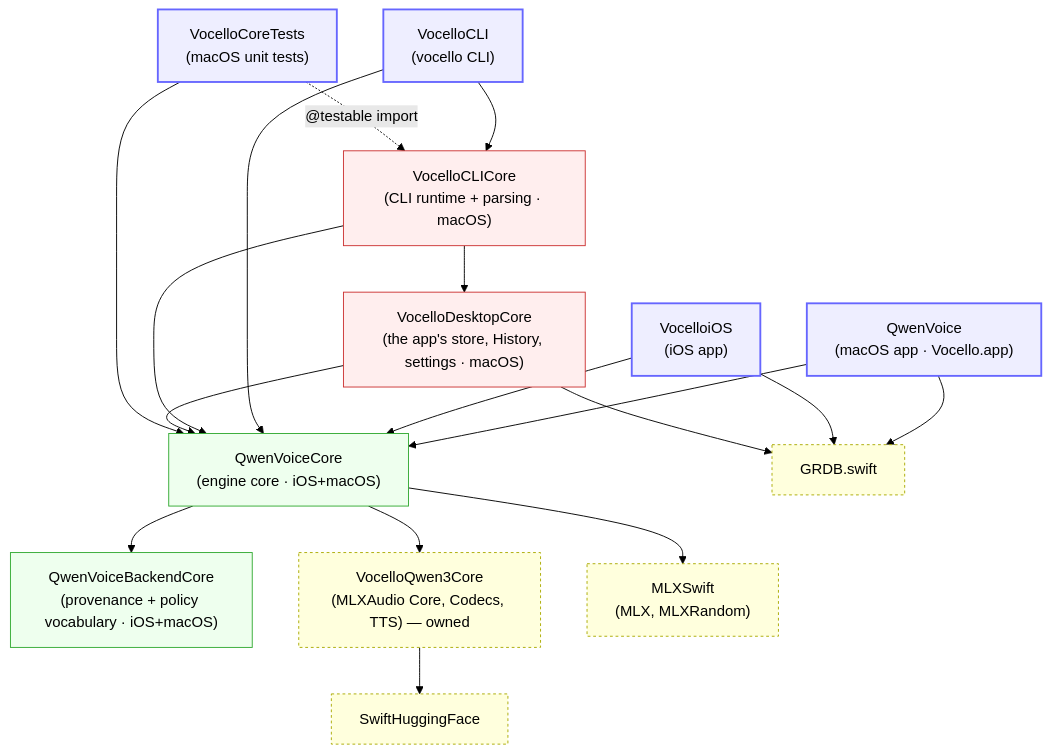
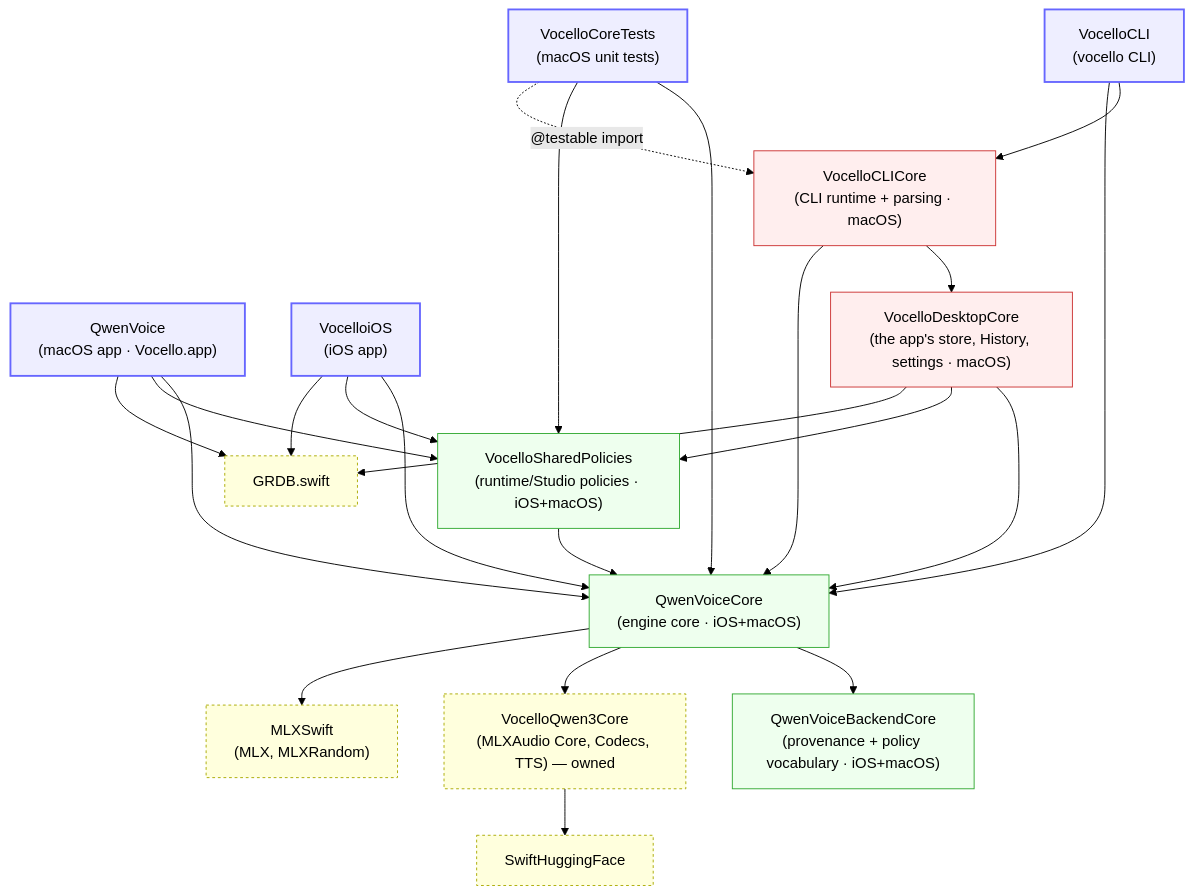
Before and after one commit to PowerBeef/Vocello: the first of 7 diagrams in docs/ARCHITECTURE.md, drawn with Mermaid (forest theme). The commit also changed other lines of this file and 44 other files, not shown here.

Commit message:
build: extract VocelloSharedPolicies multiplatform static framework (DW-03)

````diff
--- a/docs/ARCHITECTURE.md
+++ b/docs/ARCHITECTURE.md
@@ -70,44 +70,50 @@
 ```mermaid
 graph TD
     classDef app fill:#eef,stroke:#66f,stroke-width:2px;
     classDef fw fill:#efe,stroke:#3a3;
     classDef macfw fill:#fee,stroke:#c33;
     classDef spm fill:#ffd,stroke:#aa0,stroke-dasharray:3 3;
 
     QwenVoice["QwenVoice<br/>(macOS app · Vocello.app)"]:::app
     VocelloiOS["VocelloiOS<br/>(iOS app)"]:::app
     VocelloCLI["VocelloCLI<br/>(vocello CLI)"]:::app
 
     QwenVoiceCore["QwenVoiceCore<br/>(engine core · iOS+macOS)"]:::fw
     QwenVoiceBackendCore["QwenVoiceBackendCore<br/>(provenance + policy vocabulary · iOS+macOS)"]:::fw
+    VocelloSharedPolicies["VocelloSharedPolicies<br/>(runtime/Studio policies · iOS+macOS)"]:::fw
     VocelloCLICore["VocelloCLICore<br/>(CLI runtime + parsing · macOS)"]:::macfw
     VocelloDesktopCore["VocelloDesktopCore<br/>(the app's store, History, settings · macOS)"]:::macfw
     VocelloCoreTests["VocelloCoreTests<br/>(macOS unit tests)"]:::app
 
     GRDB["GRDB.swift"]:::spm
     MLXAudio["VocelloQwen3Core<br/>(MLXAudio Core, Codecs, TTS) — owned"]:::spm
     MLXSwift["MLXSwift<br/>(MLX, MLXRandom)"]:::spm
     SwiftHuggingFace["SwiftHuggingFace"]:::spm
 
     QwenVoice --> QwenVoiceCore
+    QwenVoice --> VocelloSharedPolicies
     QwenVoice --> GRDB
 
     VocelloiOS --> QwenVoiceCore
+    VocelloiOS --> VocelloSharedPolicies
     VocelloiOS --> GRDB
 
     VocelloCLI --> VocelloCLICore
     VocelloCLI --> QwenVoiceCore
     VocelloCLICore --> VocelloDesktopCore
     VocelloCLICore --> QwenVoiceCore
     VocelloDesktopCore --> QwenVoiceCore
+    VocelloDesktopCore --> VocelloSharedPolicies
     VocelloDesktopCore --> GRDB
 
     VocelloCoreTests --> QwenVoiceCore
+    VocelloCoreTests --> VocelloSharedPolicies
     VocelloCoreTests -.->|"@testable import"| VocelloCLICore
 
+    VocelloSharedPolicies --> QwenVoiceCore
     QwenVoiceCore --> QwenVoiceBackendCore
 
     QwenVoiceCore --> MLXAudio
     QwenVoiceCore --> MLXSwift
     MLXAudio --> SwiftHuggingFace
 ```
````
